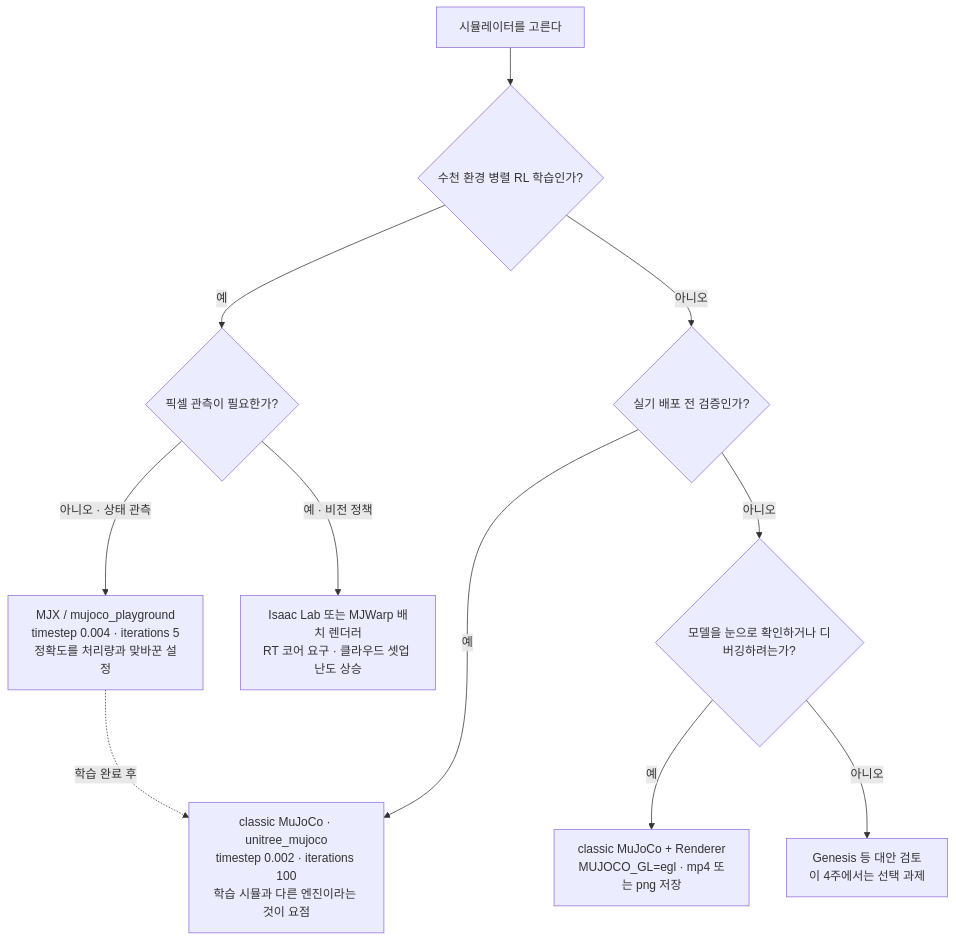
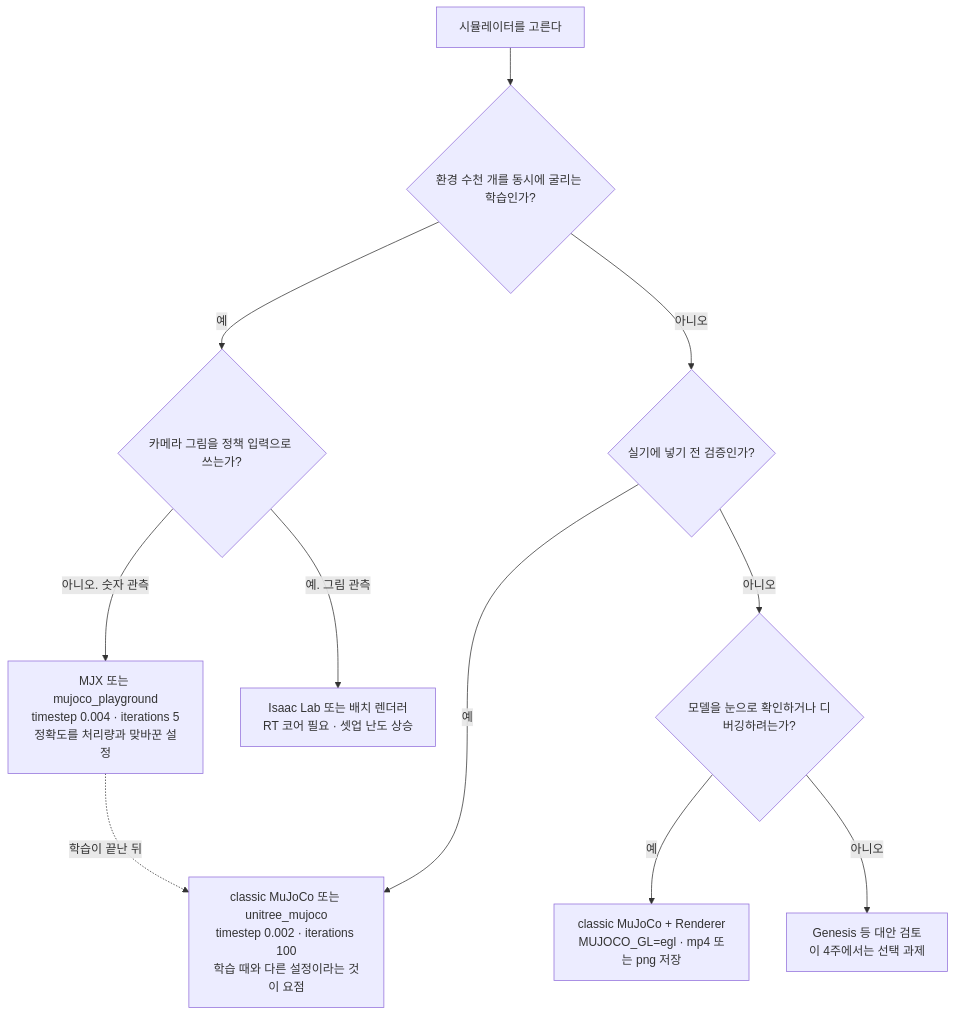
One commit to sguys99/physical-ai-study changed the second of 4 diagrams in course/w1-generative-core/02-simulator-bootcamp/lesson.md. Above: the diagram before and after it, drawn with Mermaid. The commit also changed other lines of this file and 11 other files, not shown here.

````diff
--- a/course/w1-generative-core/02-simulator-bootcamp/lesson.md
+++ b/course/w1-generative-core/02-simulator-bootcamp/lesson.md
@@ -143,13 +167,13 @@
 ```mermaid
 flowchart TD
-    START["시뮬레이터를 고른다"] --> Q1{"수천 환경 병렬 RL 학습인가?"}
-    Q1 -- "예" --> Q3{"픽셀 관측이 필요한가?"}
-    Q1 -- "아니오" --> Q2{"실기 배포 전 검증인가?"}
-    Q3 -- "아니오 · 상태 관측" --> MJX["MJX / mujoco_playground<br/>timestep 0.004 · iterations 5<br/>정확도를 처리량과 맞바꾼 설정"]
-    Q3 -- "예 · 비전 정책" --> ISAAC["Isaac Lab 또는 MJWarp 배치 렌더러<br/>RT 코어 요구 · 클라우드 셋업 난도 상승"]
-    Q2 -- "예" --> SIM2SIM["classic MuJoCo · unitree_mujoco<br/>timestep 0.002 · iterations 100<br/>학습 시뮬과 다른 엔진이라는 것이 요점"]
+    START["시뮬레이터를 고른다"] --> Q1{"환경 수천 개를 동시에 굴리는 학습인가?"}
+    Q1 -- "예" --> Q3{"카메라 그림을 정책 입력으로 쓰는가?"}
+    Q1 -- "아니오" --> Q2{"실기에 넣기 전 검증인가?"}
+    Q3 -- "아니오. 숫자 관측" --> MJX["MJX 또는 mujoco_playground<br/>timestep 0.004 · iterations 5<br/>정확도를 처리량과 맞바꾼 설정"]
+    Q3 -- "예. 그림 관측" --> ISAAC["Isaac Lab 또는 배치 렌더러<br/>RT 코어 필요 · 셋업 난도 상승"]
+    Q2 -- "예" --> SIM2SIM["classic MuJoCo 또는 unitree_mujoco<br/>timestep 0.002 · iterations 100<br/>학습 때와 다른 설정이라는 것이 요점"]
     Q2 -- "아니오" --> Q4{"모델을 눈으로 확인하거나 디버깅하려는가?"}
     Q4 -- "예" --> CLASSIC["classic MuJoCo + Renderer<br/>MUJOCO_GL=egl · mp4 또는 png 저장"]
     Q4 -- "아니오" --> ETC["Genesis 등 대안 검토<br/>이 4주에서는 선택 과제"]
-    MJX -.->|"학습 완료 후"| SIM2SIM
+    MJX -.->|"학습이 끝난 뒤"| SIM2SIM
 ```
````
